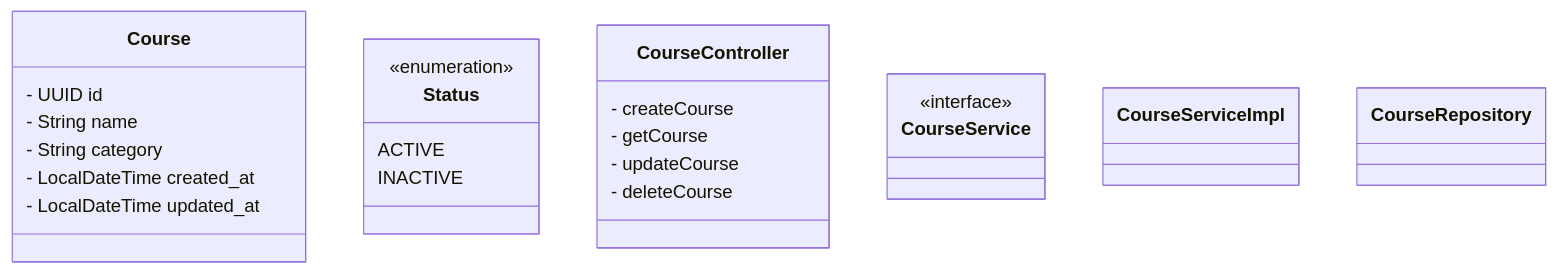
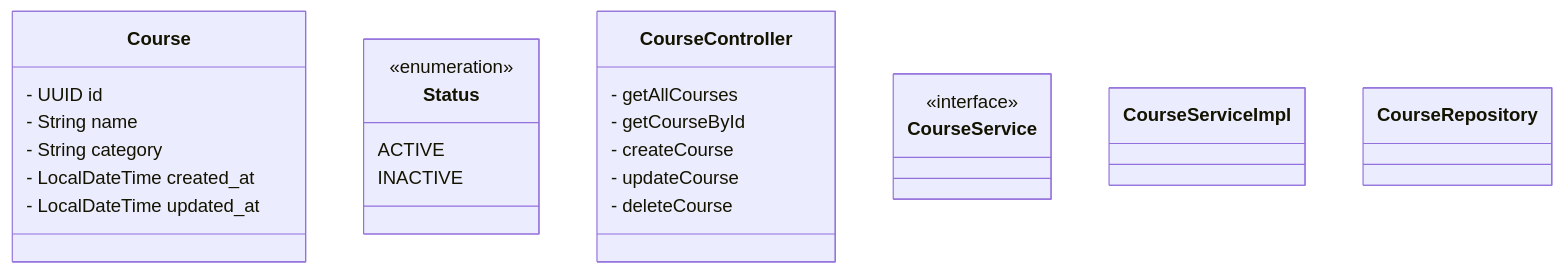
The diagram in README.md (thiago-sano/rocketseat-api-course), drawn with Mermaid before and after one commit. The commit also changed other lines of this file, not shown here.

````diff
--- a/README.md
+++ b/README.md
@@ -53,31 +53,32 @@
 ```mermaid
 classDiagram
 class Course {
 - UUID id
 - String name
 - String category
 - LocalDateTime created_at
 - LocalDateTime updated_at
 }
 class Status {
 <<enumeration>>
 ACTIVE
 INACTIVE
 }
 class CourseController {
+- getAllCourses
+- getCourseById
 - createCourse
-- getCourse
 - updateCourse
 - deleteCourse
 }
 class CourseService {
 <<interface>>
 
     }
     class CourseServiceImpl {
         
     }
     class CourseRepository {
         
     }
 ```
````
